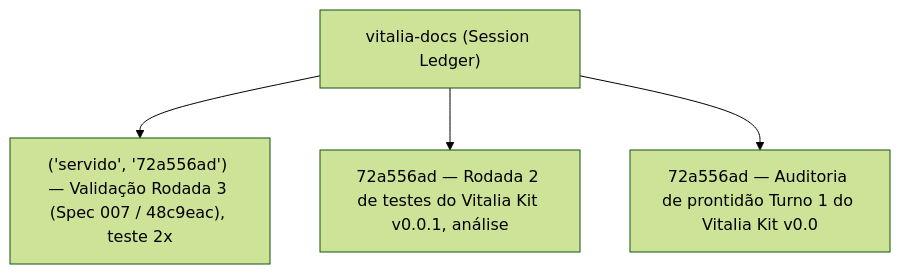
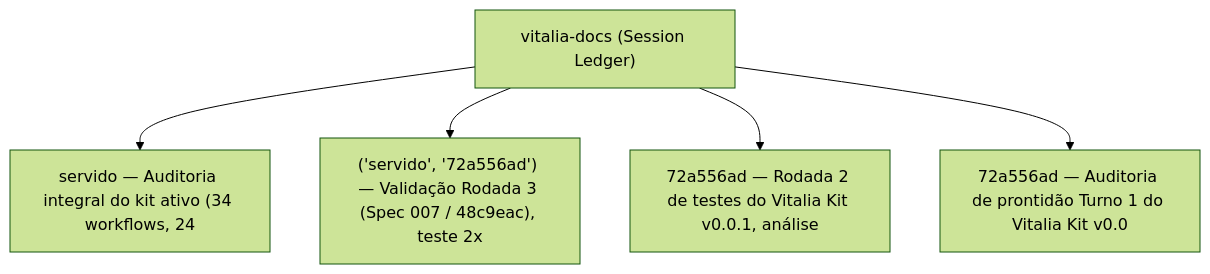
Before and after one commit to andreticba/vitalia-docs-cntx: the diagram in README.md, drawn with Mermaid (forest theme). The commit also changed other lines of this file and 5 other files, not shown here.

````diff
--- a/README.md
+++ b/README.md
@@ -21,10 +21,12 @@
 ```mermaid
 flowchart TD
     HUB["vitalia-docs (Session Ledger)"]
-    SHARD_1["('servido', '72a556ad') — Validação Rodada 3 (Spec 007 / 48c9eac), teste 2x "]
+    SHARD_1["servido — Auditoria integral do kit ativo (34 workflows, 24 "]
     HUB --> SHARD_1
-    SHARD_2["72a556ad — Rodada 2 de testes do Vitalia Kit v0.0.1, análise "]
+    SHARD_2["('servido', '72a556ad') — Validação Rodada 3 (Spec 007 / 48c9eac), teste 2x "]
     HUB --> SHARD_2
-    SHARD_3["72a556ad — Auditoria de prontidão Turno 1 do Vitalia Kit v0.0"]
+    SHARD_3["72a556ad — Rodada 2 de testes do Vitalia Kit v0.0.1, análise "]
     HUB --> SHARD_3
+    SHARD_4["72a556ad — Auditoria de prontidão Turno 1 do Vitalia Kit v0.0"]
+    HUB --> SHARD_4
 ```
````
